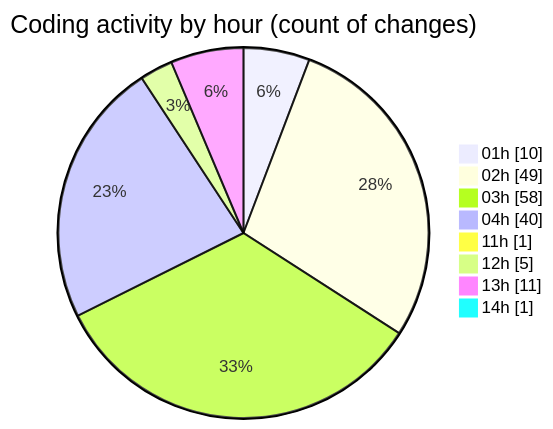
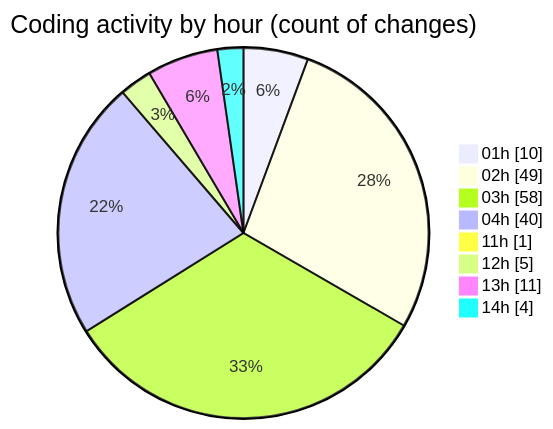
The second of 2 diagrams in 2025-11-21/eventscop-frontend-guide__workspace_/README.md (julien-gomy/code-tracking), drawn with Mermaid before and after one commit. The commit also changed other lines of this file and 1 other file, not shown here.

````diff
--- a/2025-11-21/eventscop-frontend-guide__workspace_/README.md
+++ b/2025-11-21/eventscop-frontend-guide__workspace_/README.md
@@ -73,12 +73,12 @@
 ```mermaid
 pie showData
 title Coding activity by hour (count of changes)
 "01h" : 10
 "02h" : 49
 "03h" : 58
 "04h" : 40
 "11h" : 1
 "12h" : 5
 "13h" : 11
-"14h" : 1
+"14h" : 4
 ```
````
